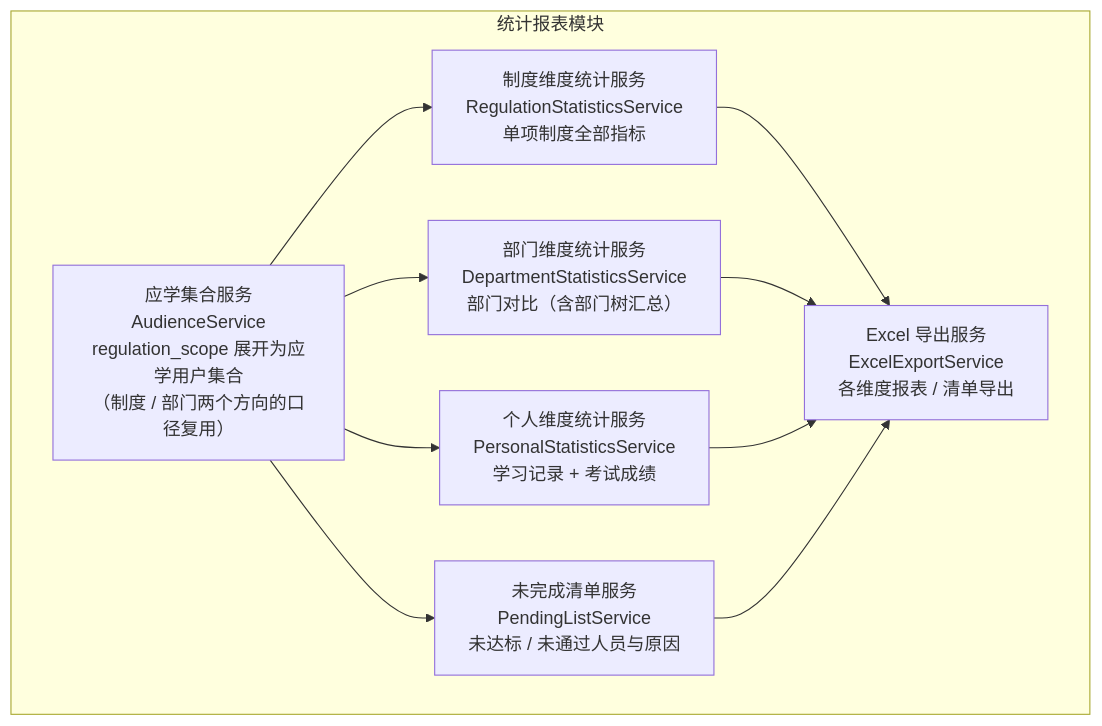
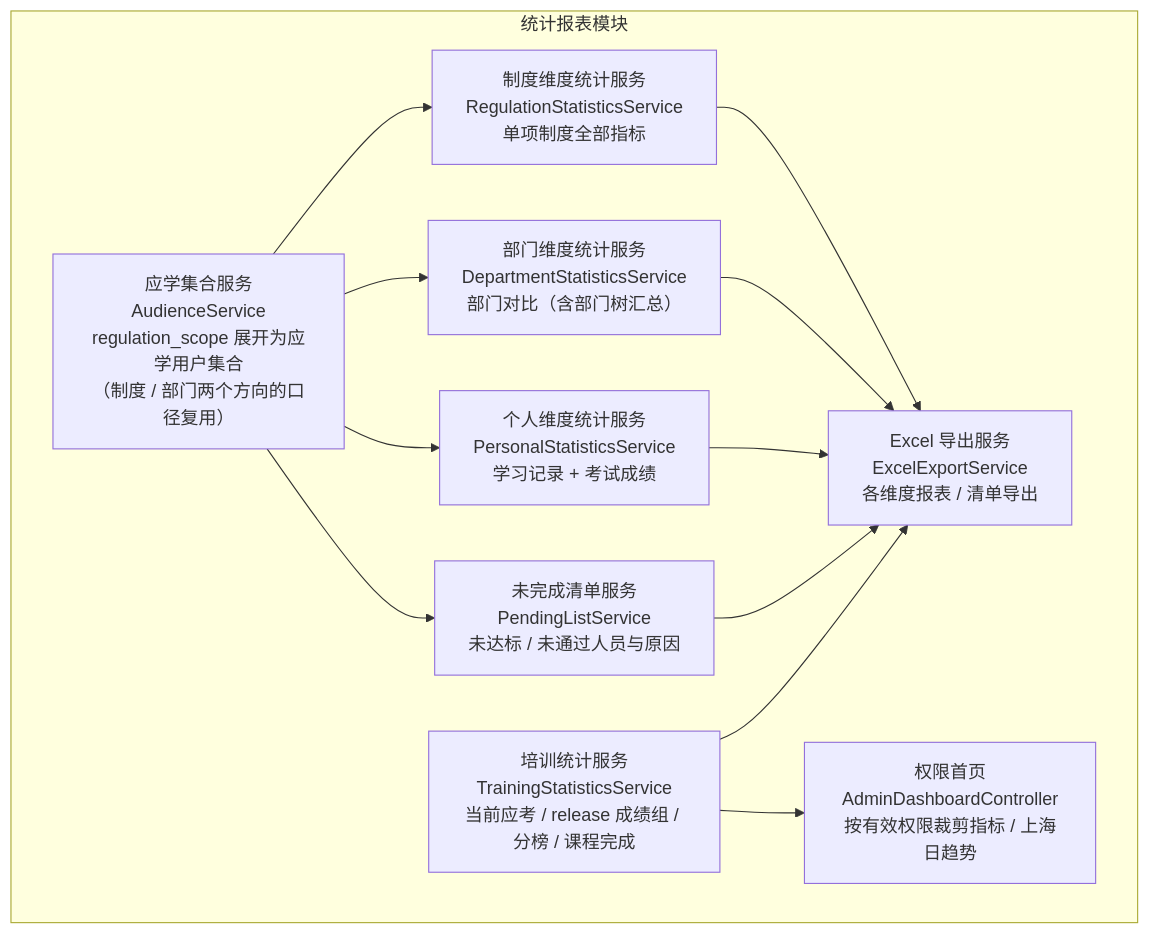
Diagram 19 of 19 in docs/design/05-模块设计.md (caoguanjie/emodor-exam), drawn with Mermaid before and after one commit. The commit also changed other lines of this file and 27 other files, not shown here.

````diff
--- a/docs/design/05-模块设计.md
+++ b/docs/design/05-模块设计.md
@@ -1366,19 +1366,23 @@
 ```mermaid
 graph TB
     subgraph MOD6["统计报表模块"]
         CAL["应学集合服务<br/>AudienceService<br/>regulation_scope 展开为应学用户集合<br/>（制度 / 部门两个方向的口径复用）"]
         DIM1["制度维度统计服务<br/>RegulationStatisticsService<br/>单项制度全部指标"]
         DIM2["部门维度统计服务<br/>DepartmentStatisticsService<br/>部门对比（含部门树汇总）"]
         DIM3["个人维度统计服务<br/>PersonalStatisticsService<br/>学习记录 + 考试成绩"]
         LIST["未完成清单服务<br/>PendingListService<br/>未达标 / 未通过人员与原因"]
         XLS["Excel 导出服务<br/>ExcelExportService<br/>各维度报表 / 清单导出"]
+        TRAIN["培训统计服务<br/>TrainingStatisticsService<br/>当前应考 / release 成绩组 / 分榜 / 课程完成"]
+        HOME["权限首页<br/>AdminDashboardController<br/>按有效权限裁剪指标 / 上海日趋势"]
     end
     CAL --> DIM1
     CAL --> DIM2
     CAL --> DIM3
     CAL --> LIST
     DIM1 --> XLS
     DIM2 --> XLS
     DIM3 --> XLS
     LIST --> XLS
+    TRAIN --> XLS
+    TRAIN --> HOME
 ```
````
